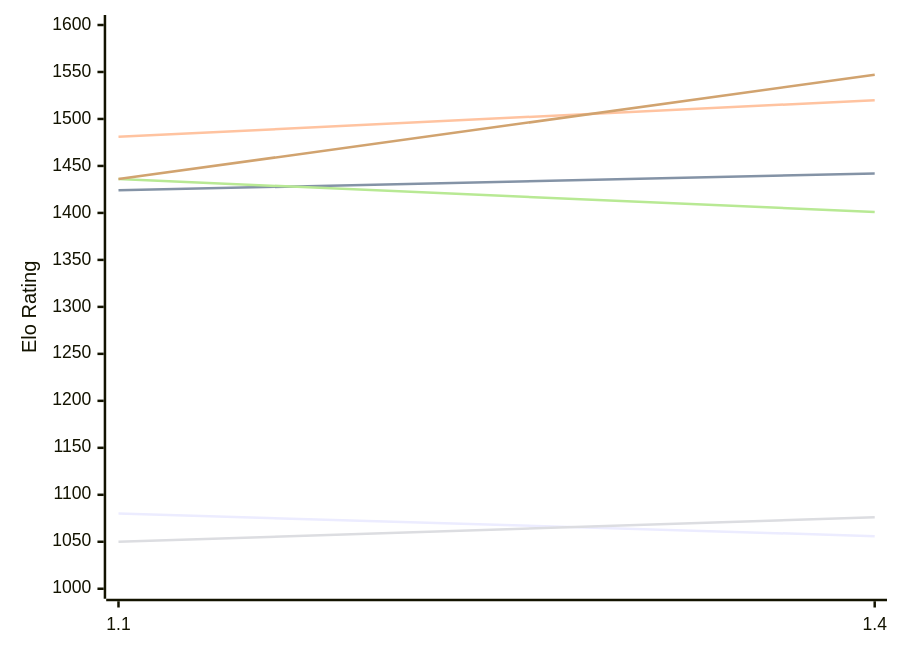
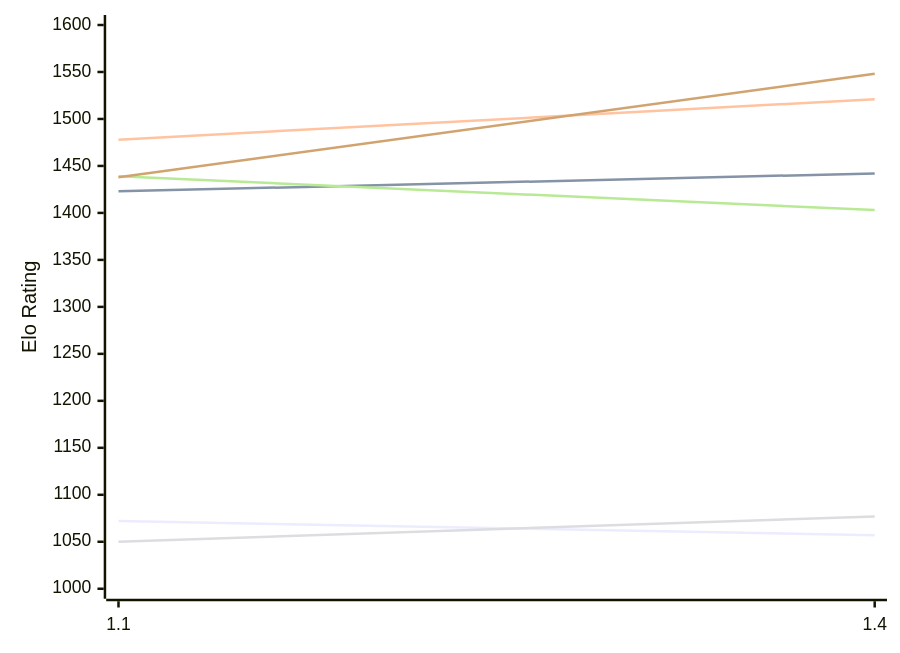
The first of 2 diagrams in engines/USunfish.md (computer-chess-index/cci), drawn with Mermaid before and after one commit. The commit also changed other lines of this file, not shown here.

Commit message:
Update CCI Ratings (ELO VLTC) - 2026-11-24

````diff
--- a/engines/USunfish.md
+++ b/engines/USunfish.md
@@ -50,12 +50,12 @@
 ```mermaid
 %%{init: {"theme":"base","themeVariables":{"seriesColors:['#a3a3a3','#222221','#faa371']}}}%%
 xychart-beta
   x-axis ["1.1", "1.4"]
   y-axis "Elo Rating" 1000 --> 1600
-  line "E1: STC (8.0+0.08s)" [1080, 1056]
-  line "E1: LTC (60.0+0.60s)" [1424, 1442]
-  line "E1: VLTC (2m24s+1.12s)" [1481, 1520]
-  line "P1: STC (8.0+0.08s)" [1050, 1076]
-  line "P1: LTC (60.0+0.60s)" [1436, 1401]
-  line "P1: VLTC (2m24s+1.12s)" [1436, 1547]
+  line "E1: STC (8.0+0.08s)" [1072, 1057]
+  line "E1: LTC (60.0+0.60s)" [1423, 1442]
+  line "E1: VLTC (2m24s+1.12s)" [1478, 1521]
+  line "P1: STC (8.0+0.08s)" [1050, 1077]
+  line "P1: LTC (60.0+0.60s)" [1439, 1403]
+  line "P1: VLTC (2m24s+1.12s)" [1438, 1548]
 ```
````
